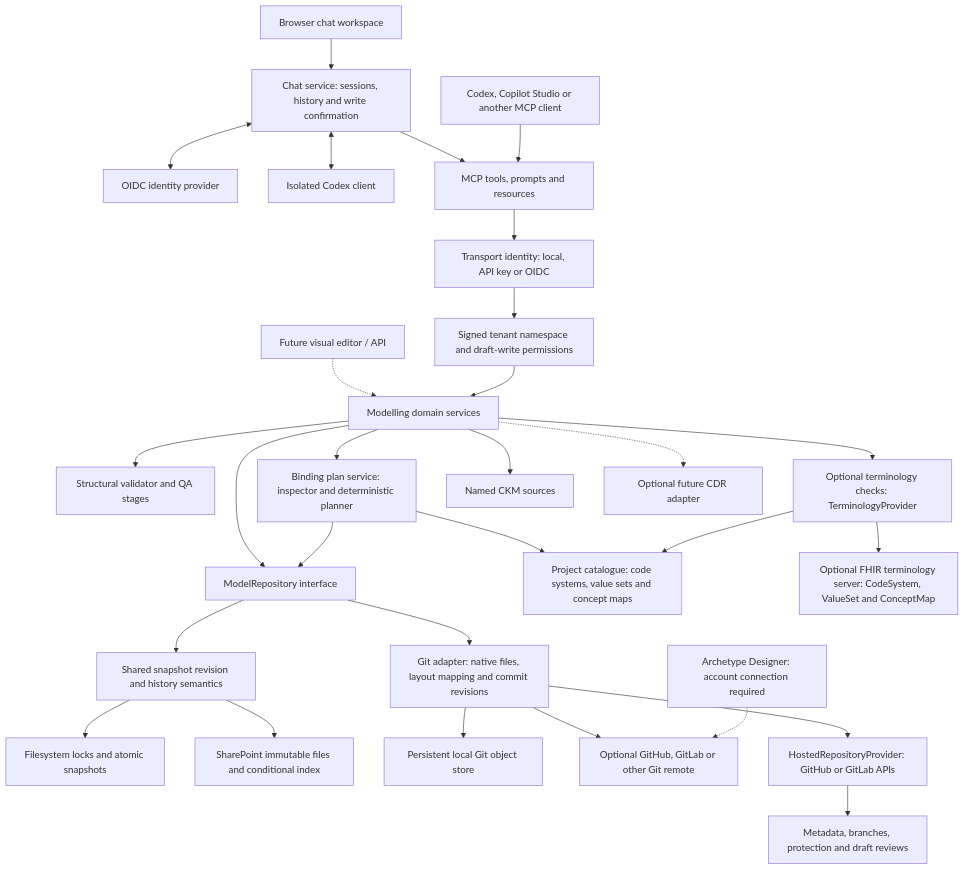
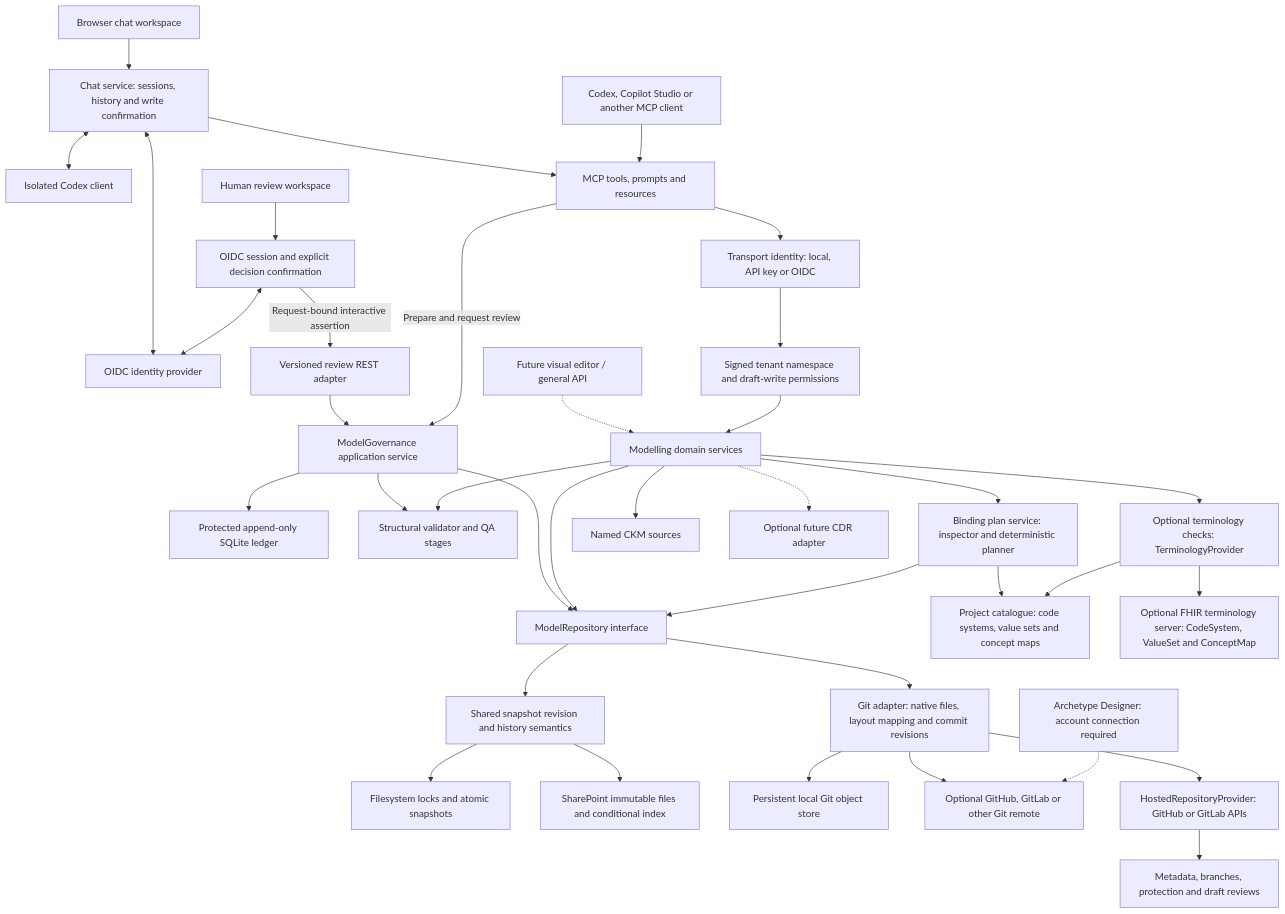
The diagram in docs/ARCHITECTURE.md (CzarMich/openehr-modelling-assistant), drawn with Mermaid before and after one commit. The commit also changed other lines of this file and 90 other files, not shown here.

Commit message:
feat(governance): persist human review and exact-revision audit evidence

````diff
--- a/docs/ARCHITECTURE.md
+++ b/docs/ARCHITECTURE.md
@@ -5,31 +5,39 @@
 ```mermaid
 flowchart TB
     Browser[Browser chat workspace] --> Chat[Chat service: sessions, history and write confirmation]
     Chat <--> Identity[OIDC identity provider]
     Chat <--> Codex[Isolated Codex client]
     Chat --> MCP[MCP tools, prompts and resources]
     AI[Codex, Copilot Studio or another MCP client] --> MCP[MCP tools, prompts and resources]
-    UI[Future visual editor / API] -.-> Core[Modelling domain services]
+    UI[Future visual editor / general API] -.-> Core[Modelling domain services]
+    Human[Human review workspace] --> BFF[OIDC session and explicit decision confirmation]
+    BFF <--> Identity
+    BFF -->|Request-bound interactive assertion| REST[Versioned review REST adapter]
+    REST --> Governance[ModelGovernance application service]
+    MCP -->|Prepare and request review| Governance
+    Governance --> Ledger[Protected append-only SQLite ledger]
+    Governance --> Repository
+    Governance --> Validation
     MCP --> Auth[Transport identity: local, API key or OIDC]
     Auth --> Scope[Signed tenant namespace and draft-write permissions]
     Scope --> Core
     Core --> Validation[Structural validator and QA stages]
     Core --> Repository[ModelRepository interface]
     Repository --> Snap[Shared snapshot revision and history semantics]
     Snap --> FS[Filesystem locks and atomic snapshots]
     Snap --> SP[SharePoint immutable files and conditional index]
     Repository --> Git[Git adapter: native files, layout mapping and commit revisions]
     Git --> Cache[Persistent local Git object store]
     Git --> Remote[Optional GitHub, GitLab or other Git remote]
     Git --> Hosting[HostedRepositoryProvider: GitHub or GitLab APIs]
     Hosting --> Reviews[Metadata, branches, protection and draft reviews]
     Designer[Archetype Designer: account connection required] -.-> Remote
     Core --> Plans[Binding plan service: inspector and deterministic planner]
     Plans --> Repository
     Plans --> Local
     Core --> Terms[Optional terminology checks: TerminologyProvider]
     Terms --> Local[Project catalogue: code systems, value sets and concept maps]
     Terms --> FHIR[Optional FHIR terminology server: CodeSystem, ValueSet and ConceptMap]
     Core --> CKM[Named CKM sources]
     Core -.-> CDR[Optional future CDR adapter]
 ```
````
